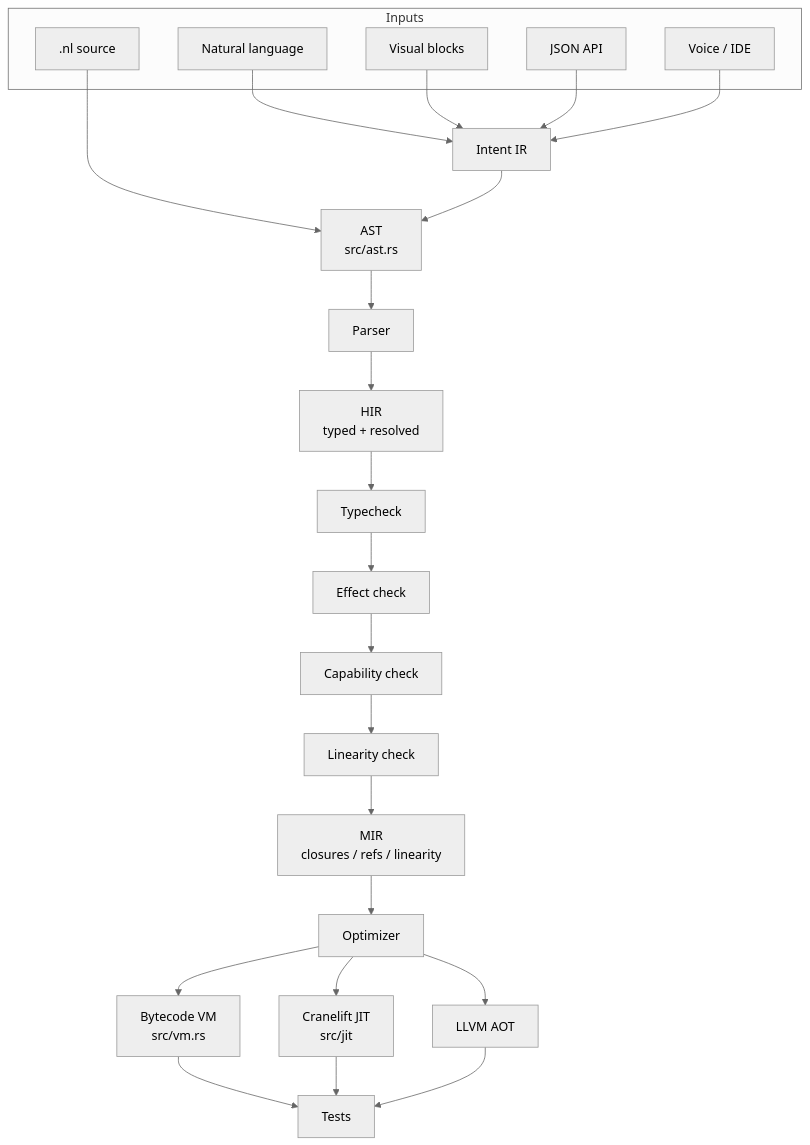
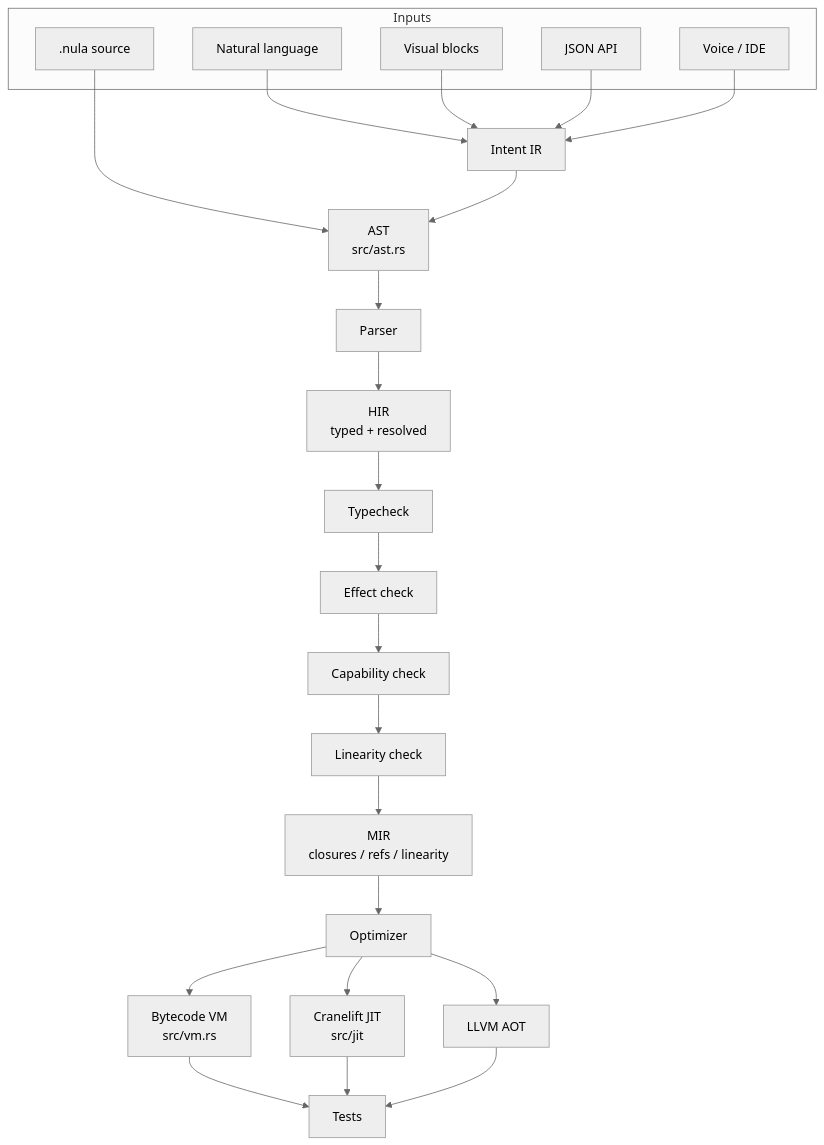
Before and after one commit to dporkka/nulang: the first of 9 diagrams in REVIEW_DIAGRAMS.md, drawn with Mermaid (neutral theme). The commit also changed 12 other files, not shown here.

Commit message:
docs: rename package manager CLI to nula and source extension to .nula

````diff
--- a/REVIEW_DIAGRAMS.md
+++ b/REVIEW_DIAGRAMS.md
@@ -12,42 +12,42 @@
 ```mermaid
 flowchart TB
     subgraph Inputs
-        I1[.nl source]
+        I1[.nula source]
         I2[Natural language]
         I3[Visual blocks]
         I4[JSON API]
         I5[Voice / IDE]
     end
 
     IR[Intent IR]
     AST[AST<br/>src/ast.rs]
     HIR[HIR<br/>typed + resolved]
     MIR[MIR<br/>closures / refs / linearity]
     OPT[Optimizer]
     BYTE[Bytecode VM<br/>src/vm.rs]
     JIT[Cranelift JIT<br/>src/jit]
     LLVM[LLVM AOT]
 
     V1[Parser]
     V2[Typecheck]
     V3[Effect check]
     V4[Capability check]
     V5[Linearity check]
     V6[Tests]
 
     I1 --> AST
     I2 --> IR
     I3 --> IR
     I4 --> IR
     I5 --> IR
     IR --> AST
     AST --> V1 --> HIR
     HIR --> V2 --> V3 --> V4 --> V5 --> MIR
     MIR --> OPT
     OPT --> BYTE
     OPT --> JIT
     OPT --> LLVM
     BYTE --> V6
     JIT --> V6
     LLVM --> V6
 ```
````
